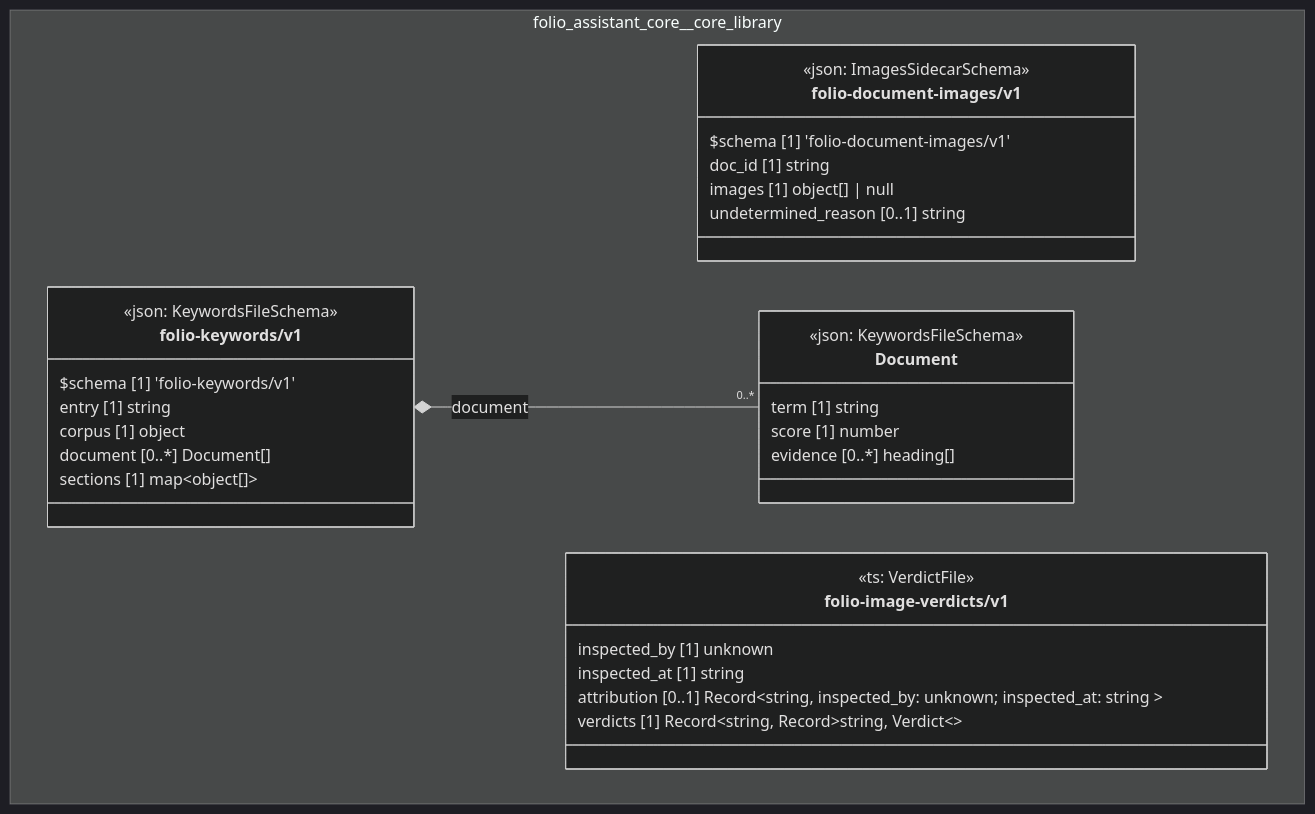
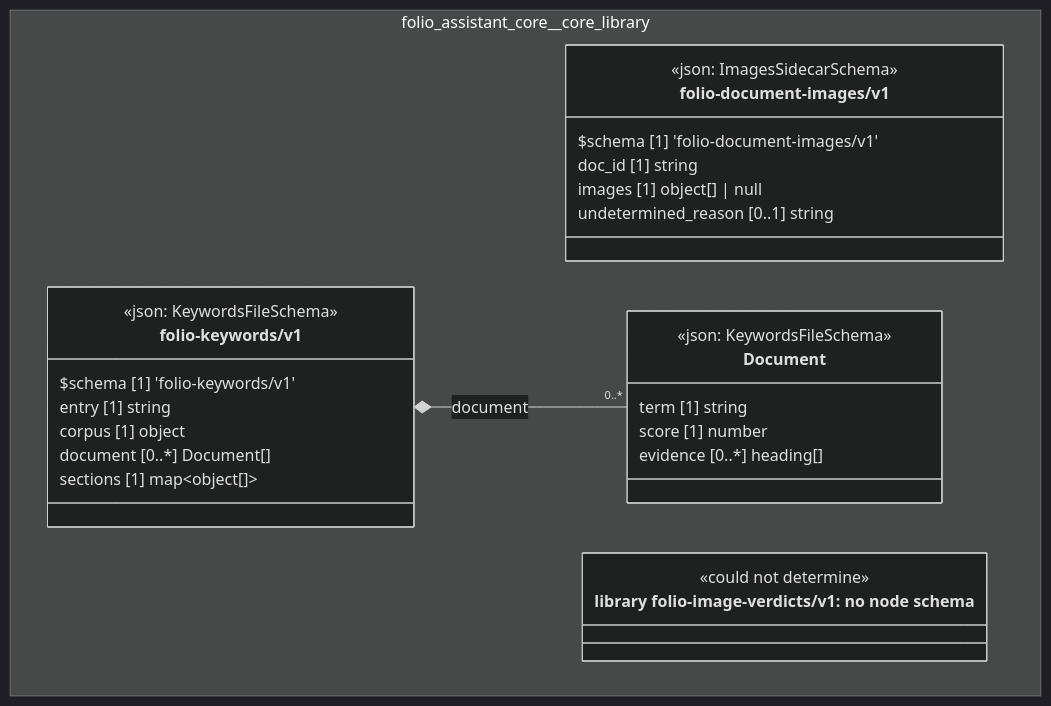
One commit to litlfred/cat-harness changed the diagram in docs/uml/overview/folio-assistant-core/core-library.md. Above: the diagram before and after it, drawn with Mermaid (dark theme). The commit also changed other lines of this file and 2545 other files, not shown here.

````diff
--- a/docs/uml/overview/folio-assistant-core/core-library.md
+++ b/docs/uml/overview/folio-assistant-core/core-library.md
@@ -47,39 +47,36 @@
 ```mermaid
 classDiagram
   direction TB
   namespace folio_assistant_core__core_library {
     class folio_assistant_core_core_library_folio_document_images_v1_folio_document_images_v1["folio-document-images/v1"] {
       <<json: ImagesSidecarSchema>>
       $schema [1] 'folio-document-images/v1'
       doc_id [1] string
       images [1] object[] | null
       undetermined_reason [0..1] string
-    }
-    class folio_assistant_core_core_library_folio_image_verdicts_v1["folio-image-verdicts/v1"] {
-      <<ts: VerdictFile>>
-      inspected_by [1] unknown
-      inspected_at [1] string
-      attribution [0..1] Record~string,  inspected_by: unknown; inspected_at: string ~
-      verdicts [1] Record~string, Record~string, Verdict~~
     }
     class folio_assistant_core_core_library_folio_keywords_v1_Document["Document"] {
       <<json: KeywordsFileSchema>>
       term [1] string
       score [1] number
       evidence [0..*] heading[]
     }
     class folio_assistant_core_core_library_folio_keywords_v1_folio_keywords_v1["folio-keywords/v1"] {
       <<json: KeywordsFileSchema>>
       $schema [1] 'folio-keywords/v1'
       entry [1] string
       corpus [1] object
       document [0..*] Document[]
       sections [1] map~object[]~
     }
+    class n_folio_assistant_core_core_library_library_folio_image_verdicts_v1["library folio-image-verdicts/v1: no node schema"] {
+      <<could not determine>>
+    }
   }
   folio_assistant_core_core_library_folio_keywords_v1_folio_keywords_v1 *-- "0..*" folio_assistant_core_core_library_folio_keywords_v1_Document : document
   cssClass "folio_assistant_core_core_library_folio_document_images_v1_folio_document_images_v1" fa_uml_kind_library
-  cssClass "folio_assistant_core_core_library_folio_image_verdicts_v1" fa_uml_kind_library
   cssClass "folio_assistant_core_core_library_folio_keywords_v1_Document" fa_uml_kind_library
   cssClass "folio_assistant_core_core_library_folio_keywords_v1_folio_keywords_v1" fa_uml_kind_library
+  cssClass "n_folio_assistant_core_core_library_library_folio_image_verdicts_v1" fa_uml_kind_library_folio_image_verdicts_v1
+  cssClass "n_folio_assistant_core_core_library_library_folio_image_verdicts_v1" fa_uml_undetermined
 ```
````
